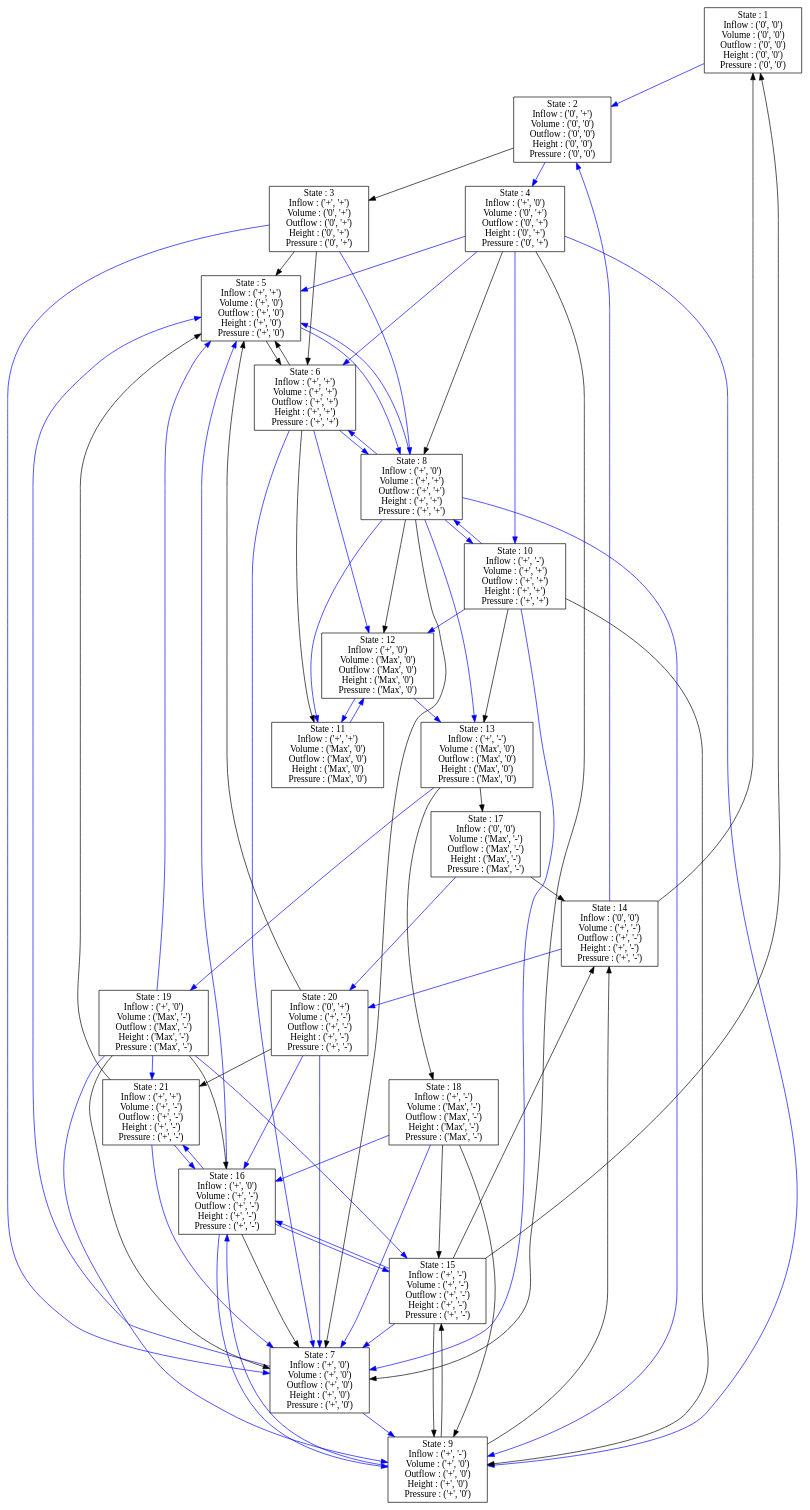
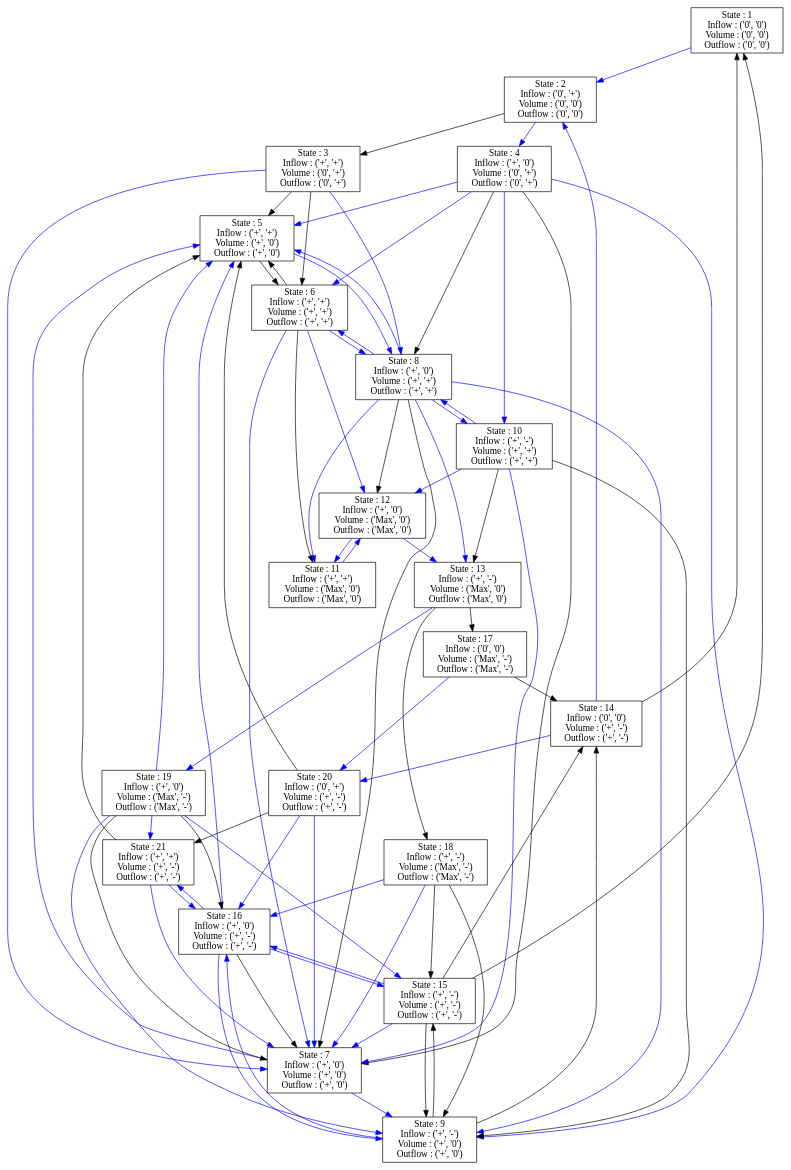
Before and after one commit to kmalhotra30/QR: the diagram in output/state_graph.gv, drawn with Graphviz. The commit also changed 4 other files, not shown here.

```diff
--- a/output/state_graph.gv
+++ b/output/state_graph.gv
@@ -5,148 +5,106 @@
 Inflow : ('0', '0')
 Volume : ('0', '0')
 Outflow : ('0', '0')
-Height : ('0', '0')
-Pressure : ('0', '0')
 " color=black shape=box]
 	2 [label="State : 2
 Inflow : ('0', '+')
 Volume : ('0', '0')
 Outflow : ('0', '0')
-Height : ('0', '0')
-Pressure : ('0', '0')
 " color=black shape=box]
 	3 [label="State : 3
 Inflow : ('+', '+')
 Volume : ('0', '+')
 Outflow : ('0', '+')
-Height : ('0', '+')
-Pressure : ('0', '+')
 " color=black shape=box]
 	4 [label="State : 4
 Inflow : ('+', '0')
 Volume : ('0', '+')
 Outflow : ('0', '+')
-Height : ('0', '+')
-Pressure : ('0', '+')
 " color=black shape=box]
 	5 [label="State : 5
 Inflow : ('+', '+')
 Volume : ('+', '0')
 Outflow : ('+', '0')
-Height : ('+', '0')
-Pressure : ('+', '0')
 " color=black shape=box]
 	6 [label="State : 6
 Inflow : ('+', '+')
 Volume : ('+', '+')
 Outflow : ('+', '+')
-Height : ('+', '+')
-Pressure : ('+', '+')
 " color=black shape=box]
 	7 [label="State : 7
 Inflow : ('+', '0')
 Volume : ('+', '0')
 Outflow : ('+', '0')
-Height : ('+', '0')
-Pressure : ('+', '0')
 " color=black shape=box]
 	8 [label="State : 8
 Inflow : ('+', '0')
 Volume : ('+', '+')
 Outflow : ('+', '+')
-Height : ('+', '+')
-Pressure : ('+', '+')
 " color=black shape=box]
 	9 [label="State : 9
 Inflow : ('+', '-')
 Volume : ('+', '0')
 Outflow : ('+', '0')
-Height : ('+', '0')
-Pressure : ('+', '0')
 " color=black shape=box]
 	10 [label="State : 10
 Inflow : ('+', '-')
 Volume : ('+', '+')
 Outflow : ('+', '+')
-Height : ('+', '+')
-Pressure : ('+', '+')
 " color=black shape=box]
 	11 [label="State : 11
 Inflow : ('+', '+')
 Volume : ('Max', '0')
 Outflow : ('Max', '0')
-Height : ('Max', '0')
-Pressure : ('Max', '0')
 " color=black shape=box]
 	12 [label="State : 12
 Inflow : ('+', '0')
 Volume : ('Max', '0')
 Outflow : ('Max', '0')
-Height : ('Max', '0')
-Pressure : ('Max', '0')
 " color=black shape=box]
 	13 [label="State : 13
 Inflow : ('+', '-')
 Volume : ('Max', '0')
 Outflow : ('Max', '0')
-Height : ('Max', '0')
-Pressure : ('Max', '0')
 " color=black shape=box]
 	14 [label="State : 14
 Inflow : ('0', '0')
 Volume : ('+', '-')
 Outflow : ('+', '-')
-Height : ('+', '-')
-Pressure : ('+', '-')
 " color=black shape=box]
 	15 [label="State : 15
 Inflow : ('+', '-')
 Volume : ('+', '-')
 Outflow : ('+', '-')
-Height : ('+', '-')
-Pressure : ('+', '-')
 " color=black shape=box]
 	16 [label="State : 16
 Inflow : ('+', '0')
 Volume : ('+', '-')
 Outflow : ('+', '-')
-Height : ('+', '-')
-Pressure : ('+', '-')
 " color=black shape=box]
 	17 [label="State : 17
 Inflow : ('0', '0')
 Volume : ('Max', '-')
 Outflow : ('Max', '-')
-Height : ('Max', '-')
-Pressure : ('Max', '-')
 " color=black shape=box]
 	18 [label="State : 18
 Inflow : ('+', '-')
 Volume : ('Max', '-')
 Outflow : ('Max', '-')
-Height : ('Max', '-')
-Pressure : ('Max', '-')
 " color=black shape=box]
 	19 [label="State : 19
 Inflow : ('+', '0')
 Volume : ('Max', '-')
 Outflow : ('Max', '-')
-Height : ('Max', '-')
-Pressure : ('Max', '-')
 " color=black shape=box]
 	20 [label="State : 20
 Inflow : ('0', '+')
 Volume : ('+', '-')
 Outflow : ('+', '-')
-Height : ('+', '-')
-Pressure : ('+', '-')
 " color=black shape=box]
 	21 [label="State : 21
 Inflow : ('+', '+')
 Volume : ('+', '-')
 Outflow : ('+', '-')
-Height : ('+', '-')
-Pressure : ('+', '-')
 " color=black shape=box]
 	1 -> 2 [color=blue constraint=true]
 	2 -> 3 [color=black constraint=true]
```
